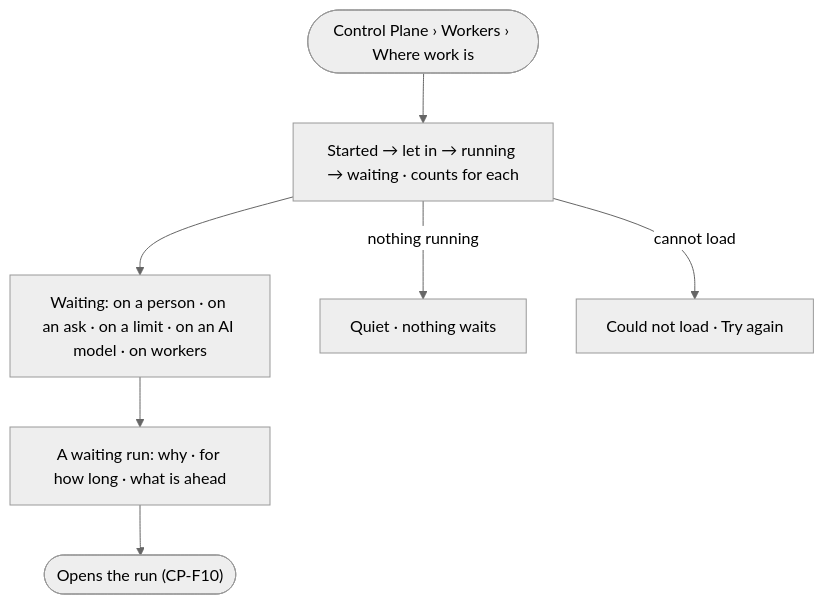
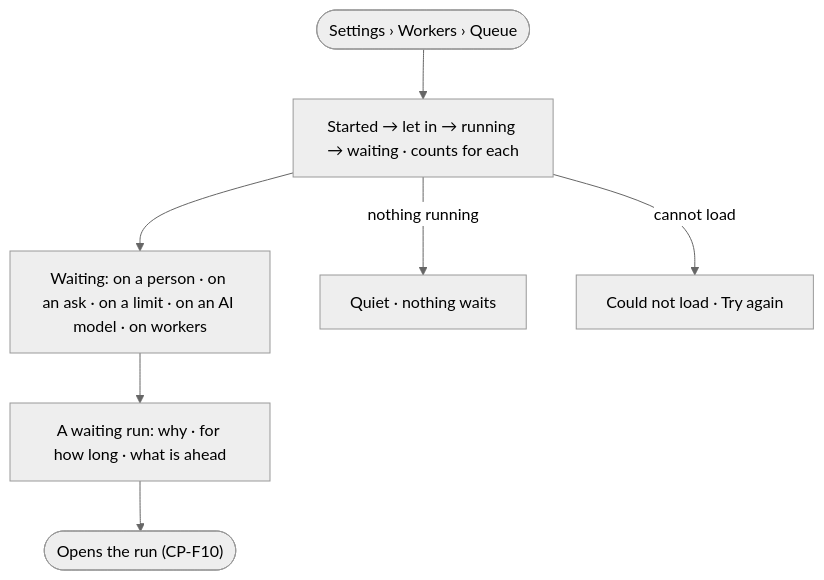
The diagram in specs/os/control/features/CP-F03-workers-and-the-queue/stories/CP-05-see-where-work-is-and-why-it-waits/story.md (invana/invana), drawn with Mermaid (neutral theme) before and after one commit. The commit also changed other lines of this file and 456 other files, not shown here.

````diff
--- a/specs/os/control/features/CP-F03-workers-and-the-queue/stories/CP-05-see-where-work-is-and-why-it-waits/story.md
+++ b/specs/os/control/features/CP-F03-workers-and-the-queue/stories/CP-05-see-where-work-is-and-why-it-waits/story.md
@@ -26,9 +26,9 @@
 ```mermaid
 flowchart TD
-  s([Control Plane › Workers › Where work is]) --> f["Started → let in → running → waiting · counts for each"]
+  s([Settings › Workers › Queue]) --> f["Started → let in → running → waiting · counts for each"]
   f --> w["Waiting: on a person · on an ask · on a limit · on an AI model · on workers"]
   w --> one["A waiting run: why · for how long · what is ahead"]
   one --> run(["Opens the run (CP-F10)"])
   f -->|nothing running| q["Quiet · nothing waits"]
   f -->|cannot load| e["Could not load · Try again"]
 ```
````
